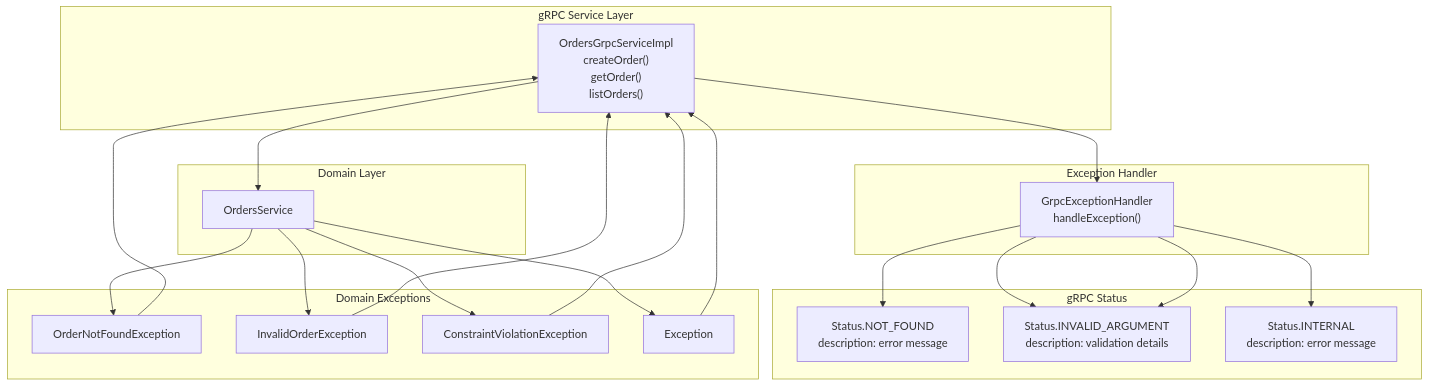
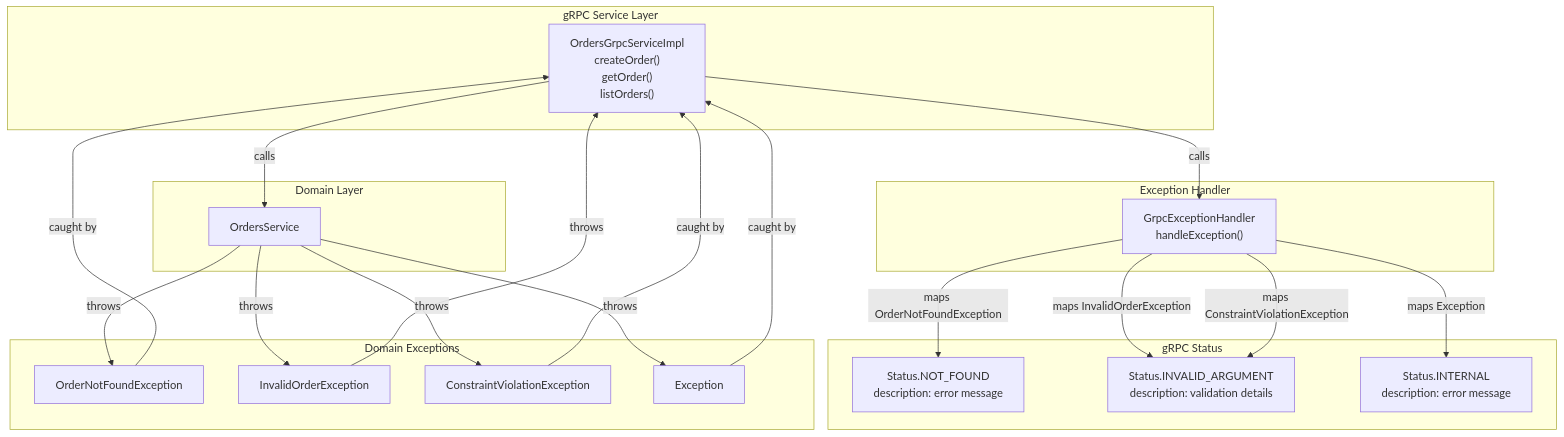
The third of 4 diagrams in docs/deepwiki/Exception-Handling-and-Error-Responses.md (philipz/spring-modular-monolith), drawn with Mermaid before and after one commit. The commit also changed other lines of this file and 55 other files, not shown here.

````diff
--- a/docs/deepwiki/Exception-Handling-and-Error-Responses.md
+++ b/docs/deepwiki/Exception-Handling-and-Error-Responses.md
@@ -231,54 +231,54 @@
 ```mermaid
 flowchart TD
 
 GrpcService["OrdersGrpcServiceImpl<br>createOrder()<br>getOrder()<br>listOrders()"]
 OrderService["OrdersService"]
 GrpcEH["GrpcExceptionHandler<br>handleException()"]
 OrderNotFound["OrderNotFoundException"]
 InvalidOrder["InvalidOrderException"]
 ConstraintViolation["ConstraintViolationException"]
 GenericEx["Exception"]
 StatusNotFound["Status.NOT_FOUND<br>description: error message"]
 StatusInvalid["Status.INVALID_ARGUMENT<br>description: validation details"]
 StatusInternal["Status.INTERNAL<br>description: error message"]
 
-GrpcService --> OrderService
-OrderService --> OrderNotFound
-OrderService --> InvalidOrder
-OrderService --> ConstraintViolation
-OrderService --> GenericEx
-OrderNotFound --> GrpcService
-InvalidOrder --> GrpcService
-ConstraintViolation --> GrpcService
-GenericEx --> GrpcService
-GrpcService --> GrpcEH
-GrpcEH --> StatusNotFound
-GrpcEH --> StatusInvalid
-GrpcEH --> StatusInvalid
-GrpcEH --> StatusInternal
+GrpcService -->|"calls"| OrderService
+OrderService -->|"throws"| OrderNotFound
+OrderService -->|"throws"| InvalidOrder
+OrderService -->|"throws"| ConstraintViolation
+OrderService -->|"throws"| GenericEx
+OrderNotFound -->|"caught by"| GrpcService
+InvalidOrder -->|"throws"| GrpcService
+ConstraintViolation -->|"caught by"| GrpcService
+GenericEx -->|"caught by"| GrpcService
+GrpcService -->|"calls"| GrpcEH
+GrpcEH -->|"maps OrderNotFoundException"| StatusNotFound
+GrpcEH -->|"maps InvalidOrderException"| StatusInvalid
+GrpcEH -->|"maps ConstraintViolationException"| StatusInvalid
+GrpcEH -->|"maps Exception"| StatusInternal
 
 subgraph subGraph4 ["gRPC Status"]
     StatusNotFound
     StatusInvalid
     StatusInternal
 end
 
 subgraph subGraph3 ["Domain Exceptions"]
     OrderNotFound
     InvalidOrder
     ConstraintViolation
     GenericEx
 end
 
 subgraph subGraph2 ["Exception Handler"]
     GrpcEH
 end
 
 subgraph subGraph1 ["Domain Layer"]
     OrderService
 end
 
 subgraph subGraph0 ["gRPC Service Layer"]
     GrpcService
 end
 ```
````
